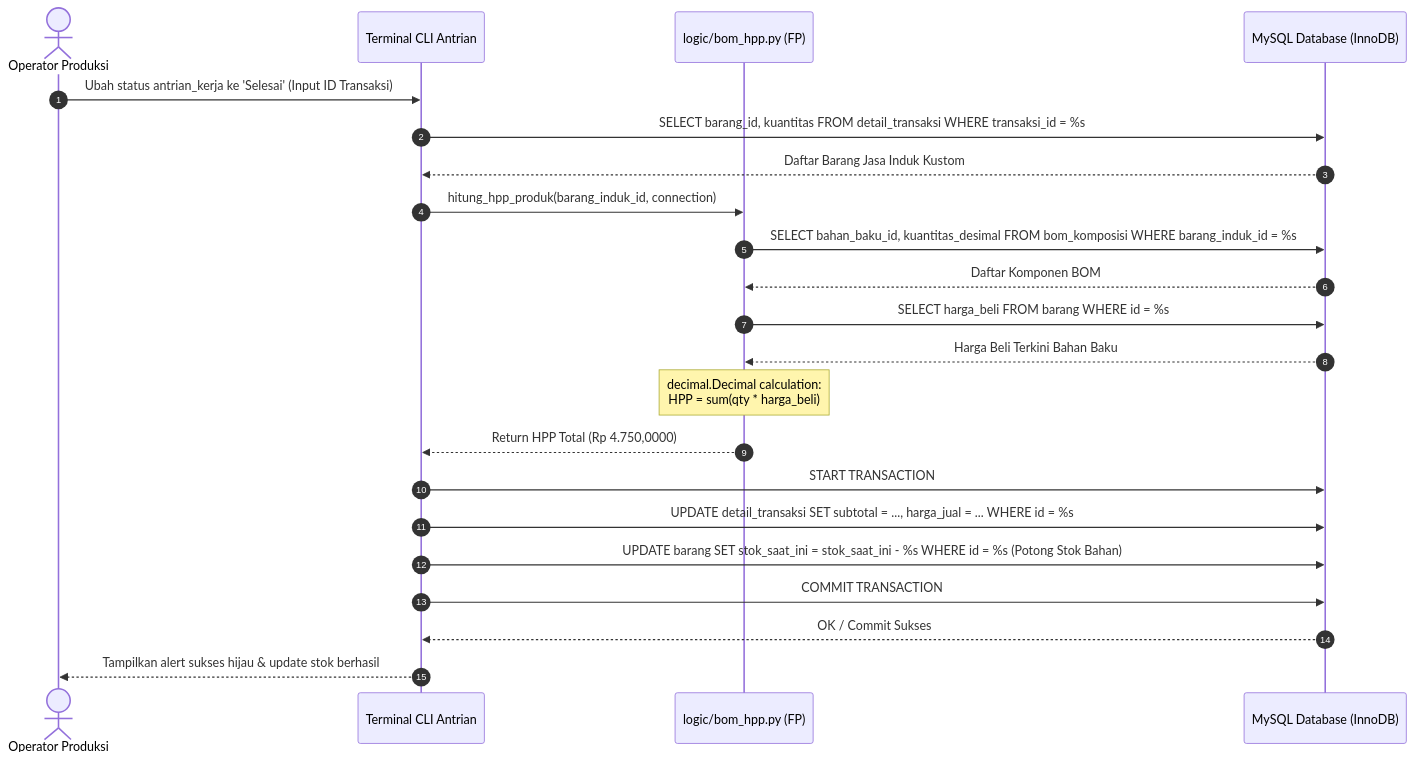
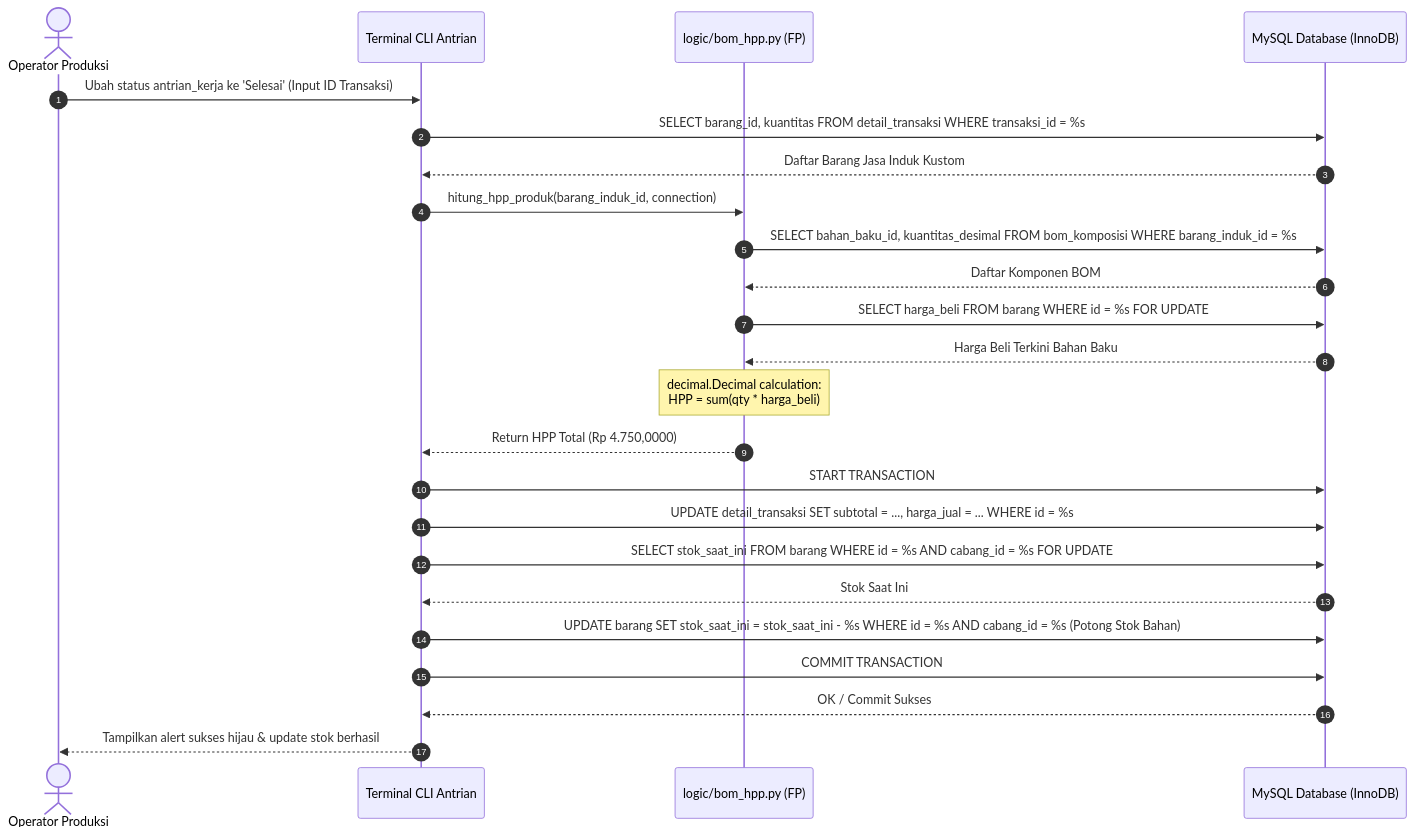
Before and after one commit to tigasatuu/abucom: the third of 4 diagrams in docs/sdlc/03_design/05_bom_hpp_design.md, drawn with Mermaid. The commit also changed other lines of this file and 1 other file, not shown here.

````diff
--- a/docs/sdlc/03_design/05_bom_hpp_design.md
+++ b/docs/sdlc/03_design/05_bom_hpp_design.md
@@ -322,25 +352,27 @@
 ```mermaid
 sequenceDiagram
     autonumber
     actor Staf as Operator Produksi
     participant CLI as Terminal CLI Antrian
     participant Logic as logic/bom_hpp.py (FP)
     participant DB as MySQL Database (InnoDB)
 
     Staf->>CLI: Ubah status antrian_kerja ke 'Selesai' (Input ID Transaksi)
     CLI->>DB: SELECT barang_id, kuantitas FROM detail_transaksi WHERE transaksi_id = %s
     DB-->>CLI: Daftar Barang Jasa Induk Kustom
     CLI->>Logic: hitung_hpp_produk(barang_induk_id, connection)
     Logic->>DB: SELECT bahan_baku_id, kuantitas_desimal FROM bom_komposisi WHERE barang_induk_id = %s
     DB-->>Logic: Daftar Komponen BOM
-    Logic->>DB: SELECT harga_beli FROM barang WHERE id = %s
+    Logic->>DB: SELECT harga_beli FROM barang WHERE id = %s FOR UPDATE
     DB-->>Logic: Harga Beli Terkini Bahan Baku
     Note over Logic: decimal.Decimal calculation:<br/>HPP = sum(qty * harga_beli)
     Logic-->>CLI: Return HPP Total (Rp 4.750,0000)
     CLI->>DB: START TRANSACTION
     CLI->>DB: UPDATE detail_transaksi SET subtotal = ..., harga_jual = ... WHERE id = %s
-    CLI->>DB: UPDATE barang SET stok_saat_ini = stok_saat_ini - %s WHERE id = %s (Potong Stok Bahan)
+    CLI->>DB: SELECT stok_saat_ini FROM barang WHERE id = %s AND cabang_id = %s FOR UPDATE
+    DB-->>CLI: Stok Saat Ini
+    CLI->>DB: UPDATE barang SET stok_saat_ini = stok_saat_ini - %s WHERE id = %s AND cabang_id = %s (Potong Stok Bahan)
     CLI->>DB: COMMIT TRANSACTION
     DB-->>CLI: OK / Commit Sukses
     CLI-->>Staf: Tampilkan alert sukses hijau & update stok berhasil
 ```
````
